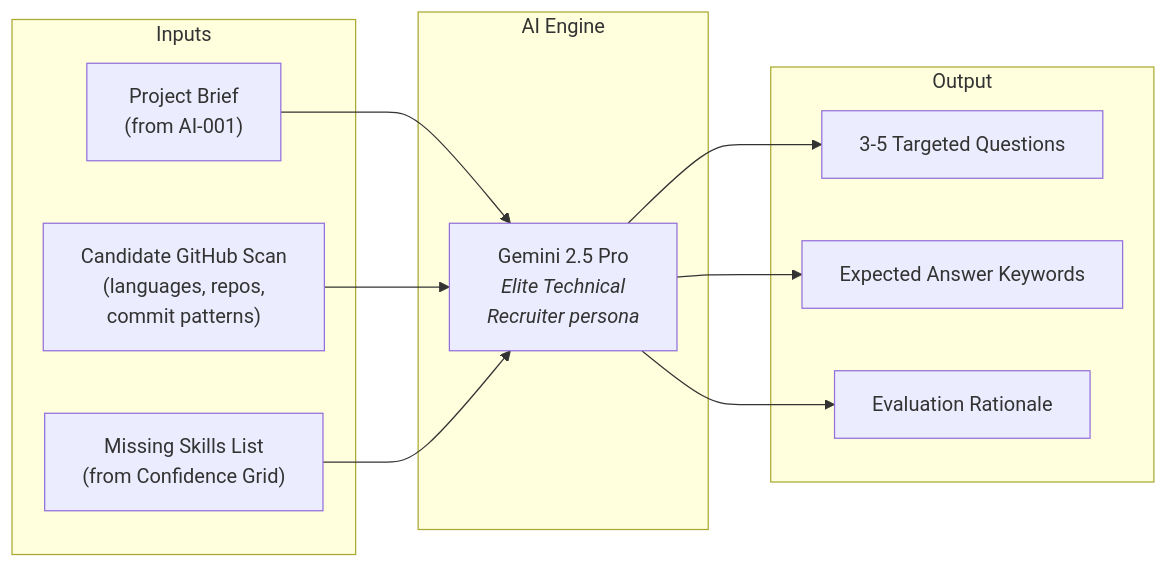
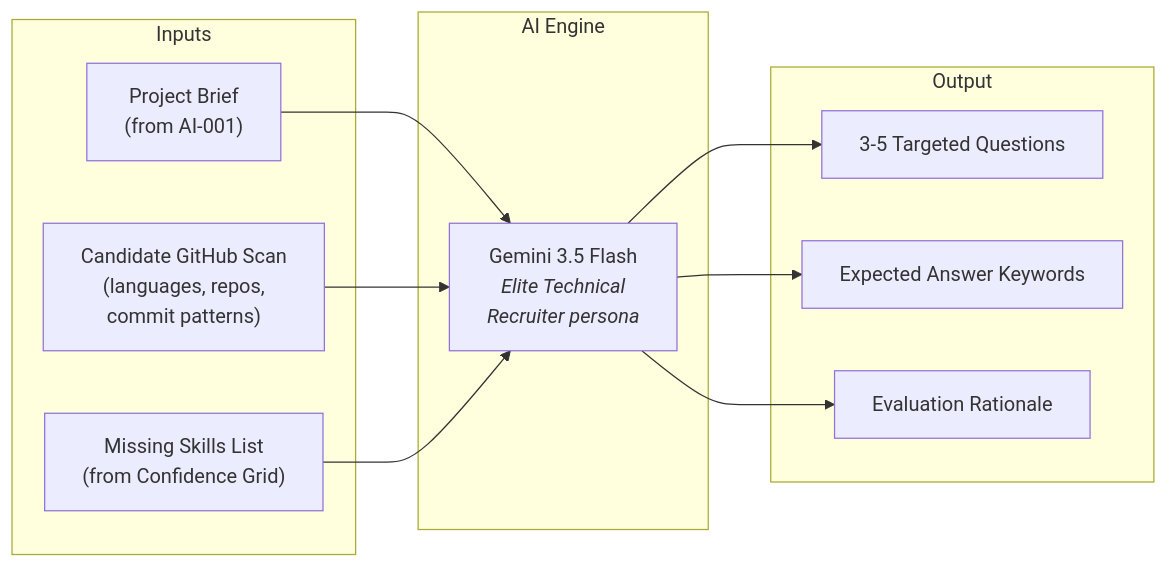
Before and after one commit to FixFlow-AI/FixFlow-AI-web: the first of 3 diagrams in docs/specifications/ai_features/ai_003_interview_vetting_generation.md, drawn with Mermaid. The commit also changed other lines of this file, not shown here.

Commit message:
docs(specs): update interview vetting spec model configuration

````diff
--- a/docs/specifications/ai_features/ai_003_interview_vetting_generation.md
+++ b/docs/specifications/ai_features/ai_003_interview_vetting_generation.md
@@ -26,25 +26,25 @@
 ```mermaid
 graph LR
     subgraph "Inputs"
         A["Project Brief<br/>(from AI-001)"]
         B["Candidate GitHub Scan<br/>(languages, repos,<br/>commit patterns)"]
         C["Missing Skills List<br/>(from Confidence Grid)"]
     end
 
     subgraph "AI Engine"
-        D["Gemini 2.5 Pro<br/><i>Elite Technical<br/>Recruiter persona</i>"]
+        D["Gemini 3.5 Flash<br/><i>Elite Technical<br/>Recruiter persona</i>"]
     end
 
     subgraph "Output"
         E["3-5 Targeted Questions"]
         F["Expected Answer Keywords"]
         G["Evaluation Rationale"]
     end
 
     A --> D
     B --> D
     C --> D
     D --> E
     D --> F
     D --> G
 ```
````
